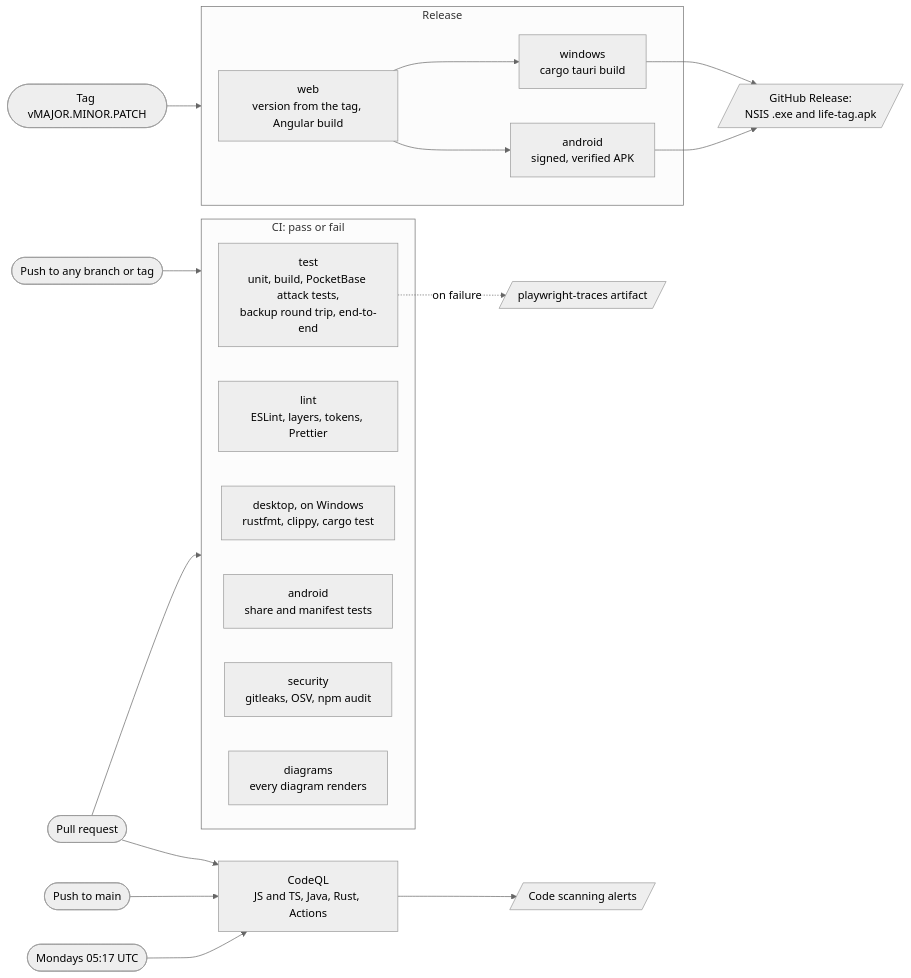
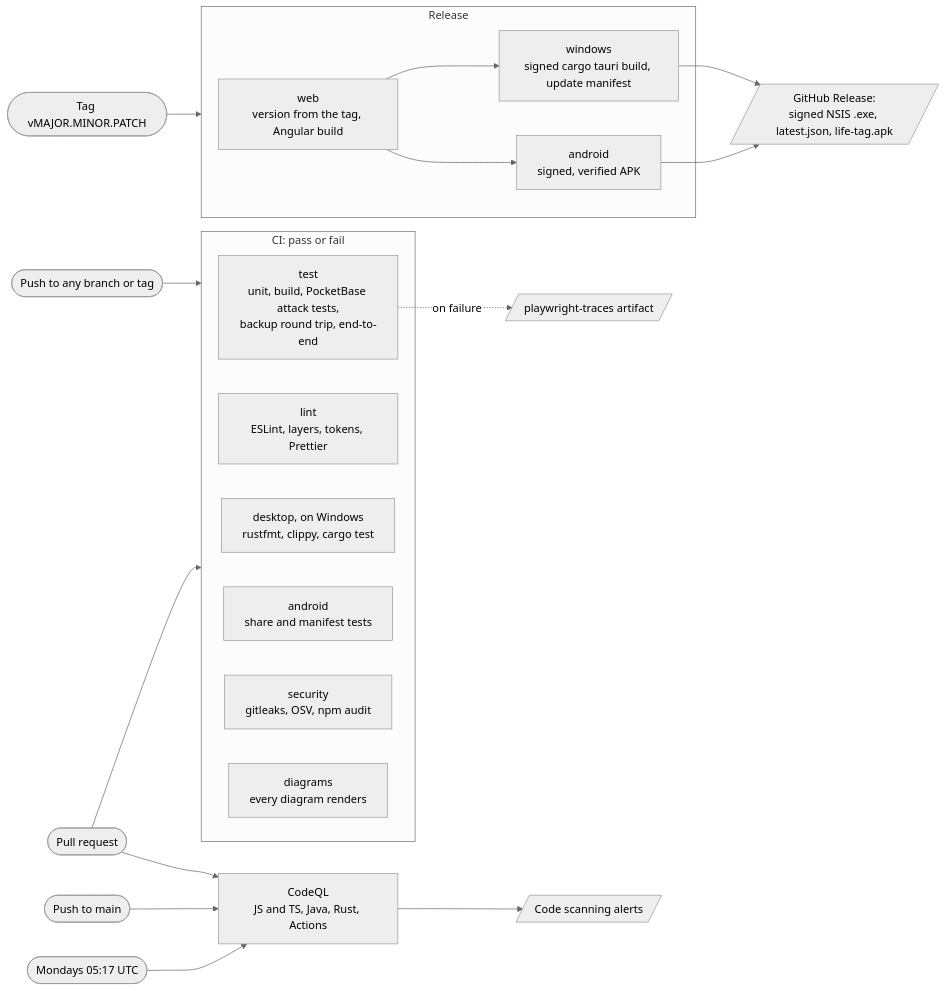
Before and after one commit to valde222/life_app: the diagram in docs/diagrams/10-ci-cd.md, drawn with Mermaid (neutral theme). The commit also changed other lines of this file and 11 other files, not shown here.

Commit message:
feat: the desktop app checks GitHub for a signed update on start and every six hours and installs it after asking

````diff
--- a/docs/diagrams/10-ci-cd.md
+++ b/docs/diagrams/10-ci-cd.md
@@ -5,28 +5,28 @@
 ```mermaid
 flowchart LR
   push(["Push to any branch or tag"]) --> ci
   pr(["Pull request"]) --> ci
   pr --> codeql
   main(["Push to main"]) --> codeql
   week(["Mondays 05:17 UTC"]) --> codeql
   tag(["Tag vMAJOR.MINOR.PATCH"]) --> release
 
   subgraph ci["CI: pass or fail"]
     test["test<br/>unit, build, PocketBase attack tests,<br/>backup round trip, end-to-end"]
     lint["lint<br/>ESLint, layers, tokens, Prettier"]
     desktop["desktop, on Windows<br/>rustfmt, clippy, cargo test"]
     android["android<br/>share and manifest tests"]
     security["security<br/>gitleaks, OSV, npm audit"]
     diagrams["diagrams<br/>every diagram renders"]
   end
   test -. "on failure" .-> traces[/"playwright-traces artifact"/]
 
   codeql["CodeQL<br/>JS and TS, Java, Rust, Actions"] --> alerts[/"Code scanning alerts"/]
 
   subgraph release["Release"]
-    web["web<br/>version from the tag, Angular build"] --> windows["windows<br/>cargo tauri build"]
+    web["web<br/>version from the tag, Angular build"] --> windows["windows<br/>signed cargo tauri build, update manifest"]
     web --> apk["android<br/>signed, verified APK"]
   end
-  windows --> gh[/"GitHub Release:<br/>NSIS .exe and life-tag.apk"/]
+  windows --> gh[/"GitHub Release:<br/>signed NSIS .exe, latest.json, life-tag.apk"/]
   apk --> gh
 ```
````
